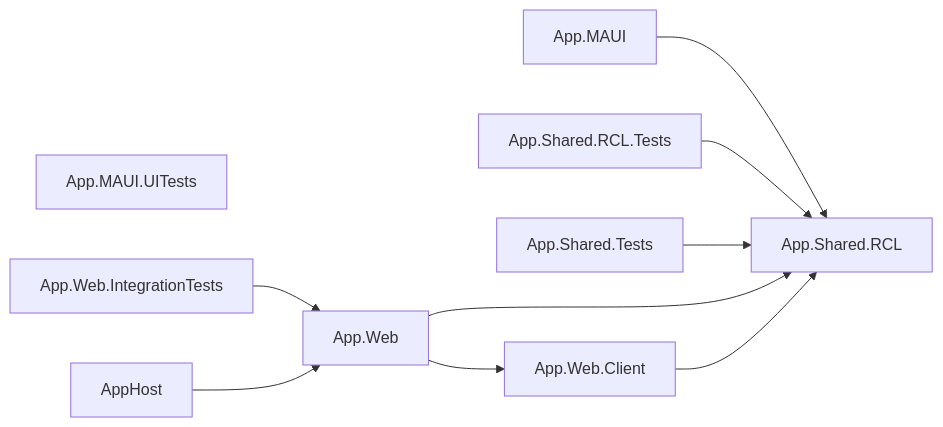
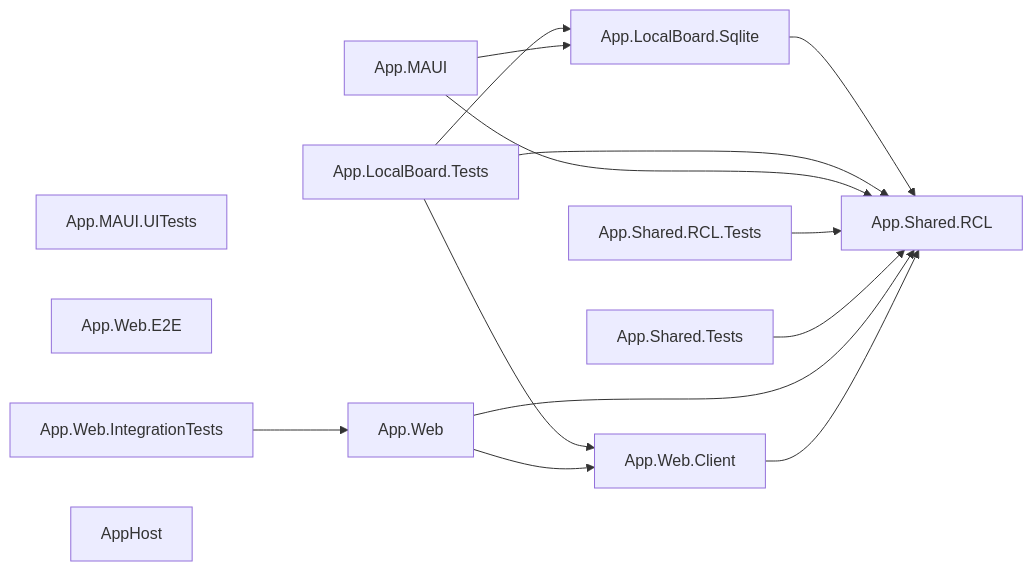
Before and after one commit to kadato/Habitinator: the diagram in README.md, drawn with Mermaid. The commit also changed 1 other file, not shown here.

Commit message:
docs(build): refresh the solution graph

````diff
--- a/README.md
+++ b/README.md
@@ -162,21 +162,28 @@
 ```mermaid
 flowchart LR
-%% Auto-generated by tools/Habitinator.Diagrams - project reference graph
+%% Auto-generated by tools/Habitinator.Diagrams (project reference graph)
+  App_LocalBoard_Sqlite["App.LocalBoard.Sqlite"]
+  App_LocalBoard_Tests["App.LocalBoard.Tests"]
   App_MAUI["App.MAUI"]
   App_MAUI_UITests["App.MAUI.UITests"]
   App_Shared_RCL["App.Shared.RCL"]
   App_Shared_RCL_Tests["App.Shared.RCL.Tests"]
   App_Shared_Tests["App.Shared.Tests"]
   App_Web["App.Web"]
   App_Web_Client["App.Web.Client"]
+  App_Web_E2E["App.Web.E2E"]
   App_Web_IntegrationTests["App.Web.IntegrationTests"]
   AppHost["AppHost"]
+  App_LocalBoard_Sqlite --> App_Shared_RCL
+  App_LocalBoard_Tests --> App_LocalBoard_Sqlite
+  App_LocalBoard_Tests --> App_Shared_RCL
+  App_LocalBoard_Tests --> App_Web_Client
+  App_MAUI --> App_LocalBoard_Sqlite
   App_MAUI --> App_Shared_RCL
   App_Shared_RCL_Tests --> App_Shared_RCL
   App_Shared_Tests --> App_Shared_RCL
   App_Web --> App_Shared_RCL
   App_Web --> App_Web_Client
   App_Web_Client --> App_Shared_RCL
   App_Web_IntegrationTests --> App_Web
-  AppHost --> App_Web
 ```
````
